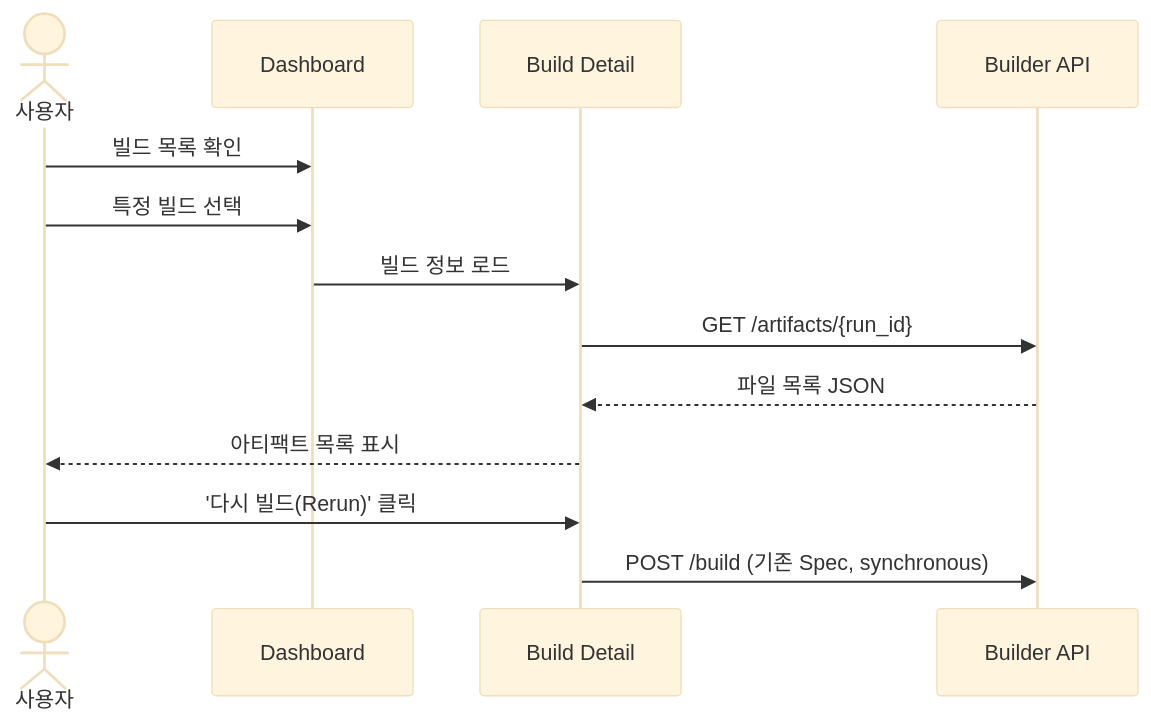
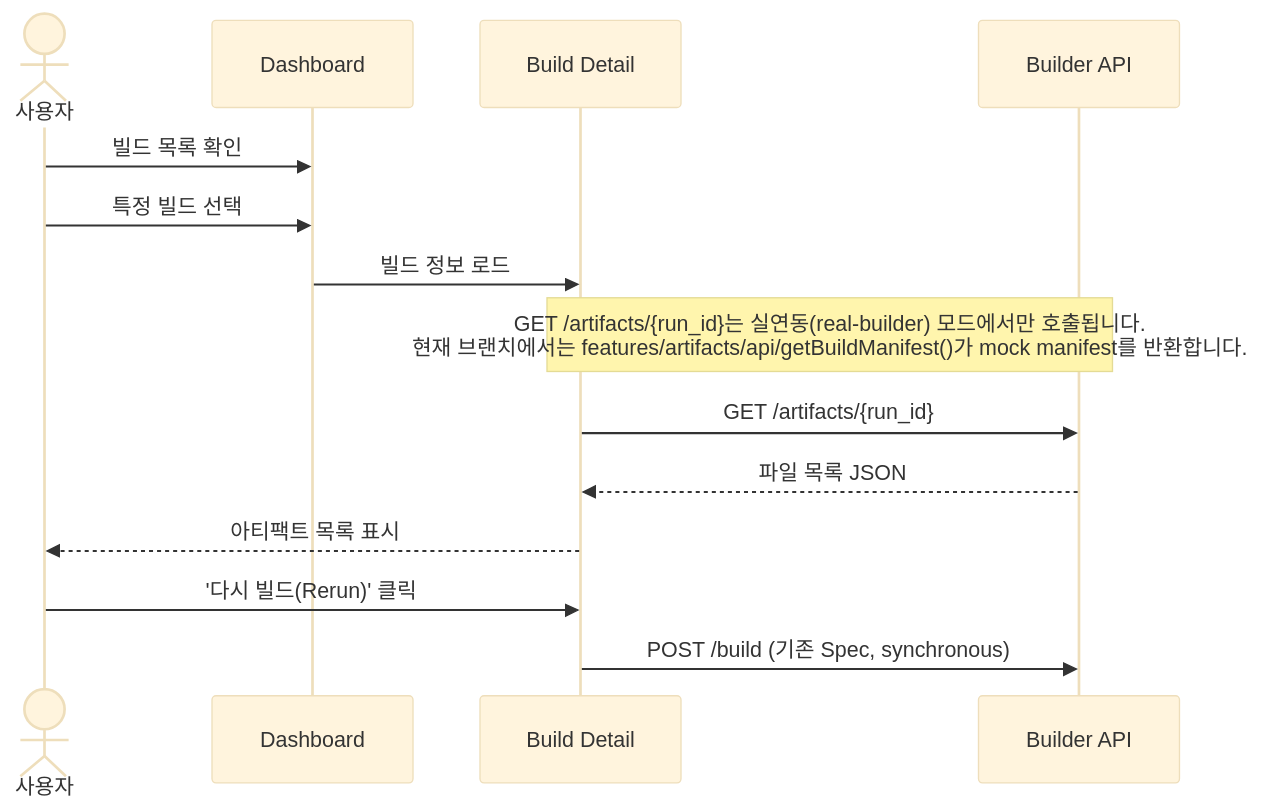
Before and after one commit to yeongseon/kpubdata-studio: the second of 4 diagrams in USER_FLOWS.md, drawn with Mermaid (base theme). The commit also changed 2 other files, not shown here.

Commit message:
docs: align UI_SPEC/USER_FLOWS/ARCHITECTURE with actual code behavior
- UI_SPEC Home: HomePage makes no API call; mark "현재 호출 없음(로컬/정적)"
  and scope GET /artifacts/{run_id} to the Build Detail / Artifacts screen
- UI_SPEC API map: /version is called from Settings (SettingsPage), not
  Home; add Settings node and rewire the edge
- UI_SPEC summary table: Home -> 현재 호출 없음; add Settings row for
  GET /version
- USER_FLOWS rerun flow: note that GET /artifacts/{run_id} is real-builder
  mode only and currently returns a mock manifest on this branch
- ARCHITECTURE: soften state-ownership rule for TanStack Query to the same
  "채택 진행 중" tone to remove the self-contradiction with the intro

````diff
--- a/USER_FLOWS.md
+++ b/USER_FLOWS.md
@@ -53,16 +53,17 @@
 ```mermaid
 sequenceDiagram
     actor User as 사용자
     participant Dash as Dashboard
     participant Detail as Build Detail
     participant BAPI as Builder API
 
     User->>Dash: 빌드 목록 확인
     User->>Dash: 특정 빌드 선택
     Dash->>Detail: 빌드 정보 로드
+    Note over Detail,BAPI: GET /artifacts/{run_id}는 실연동(real-builder) 모드에서만 호출됩니다.<br/>현재 브랜치에서는 features/artifacts/api/getBuildManifest()가 mock manifest를 반환합니다.
     Detail->>BAPI: GET /artifacts/{run_id}
     BAPI-->>Detail: 파일 목록 JSON
     Detail-->>User: 아티팩트 목록 표시
     User->>Detail: '다시 빌드(Rerun)' 클릭
     Detail->>BAPI: POST /build (기존 Spec, synchronous)
 ```
````
